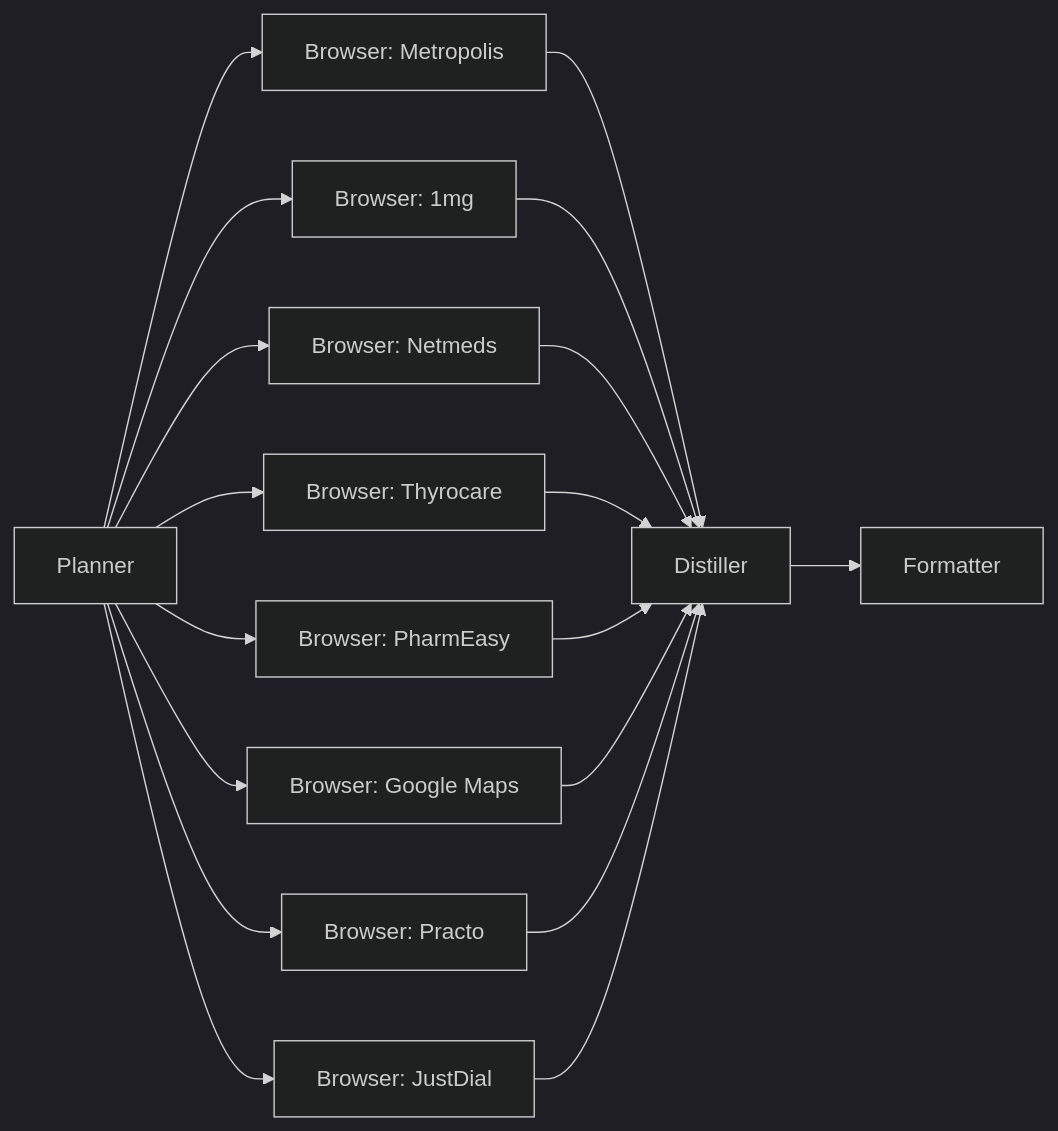
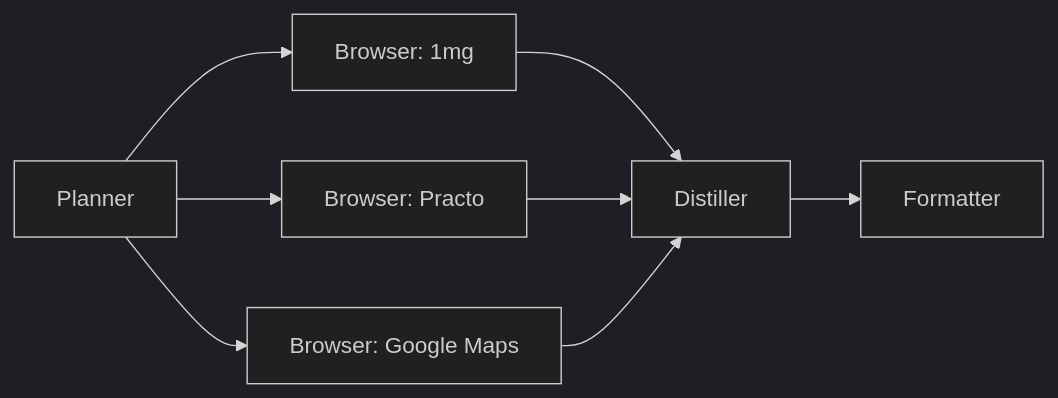
The diagram in README.md (rraghu214/lab-lens-browser-automation), drawn with Mermaid (dark theme) before and after one commit. The commit also changed other lines of this file and 5 other files, not shown here.

````diff
--- a/README.md
+++ b/README.md
@@ -21,20 +21,10 @@
 ```mermaid
 graph LR
-  Planner --> Browser_Metropolis["Browser: Metropolis"]
   Planner --> Browser_1mg["Browser: 1mg"]
-  Planner --> Browser_Netmeds["Browser: Netmeds"]
-  Planner --> Browser_Thyrocare["Browser: Thyrocare"]
-  Planner --> Browser_PharmEasy["Browser: PharmEasy"]
+  Planner --> Browser_Practo["Browser: Practo"]
   Planner --> Browser_GoogleMaps["Browser: Google Maps"]
-  Planner --> Browser_Practo["Browser: Practo"]
-  Planner --> Browser_JustDial["Browser: JustDial"]
-  Browser_Metropolis --> Distiller
   Browser_1mg --> Distiller
-  Browser_Netmeds --> Distiller
-  Browser_Thyrocare --> Distiller
-  Browser_PharmEasy --> Distiller
+  Browser_Practo --> Distiller
   Browser_GoogleMaps --> Distiller
-  Browser_Practo --> Distiller
-  Browser_JustDial --> Distiller
   Distiller --> Formatter
 ```
````
